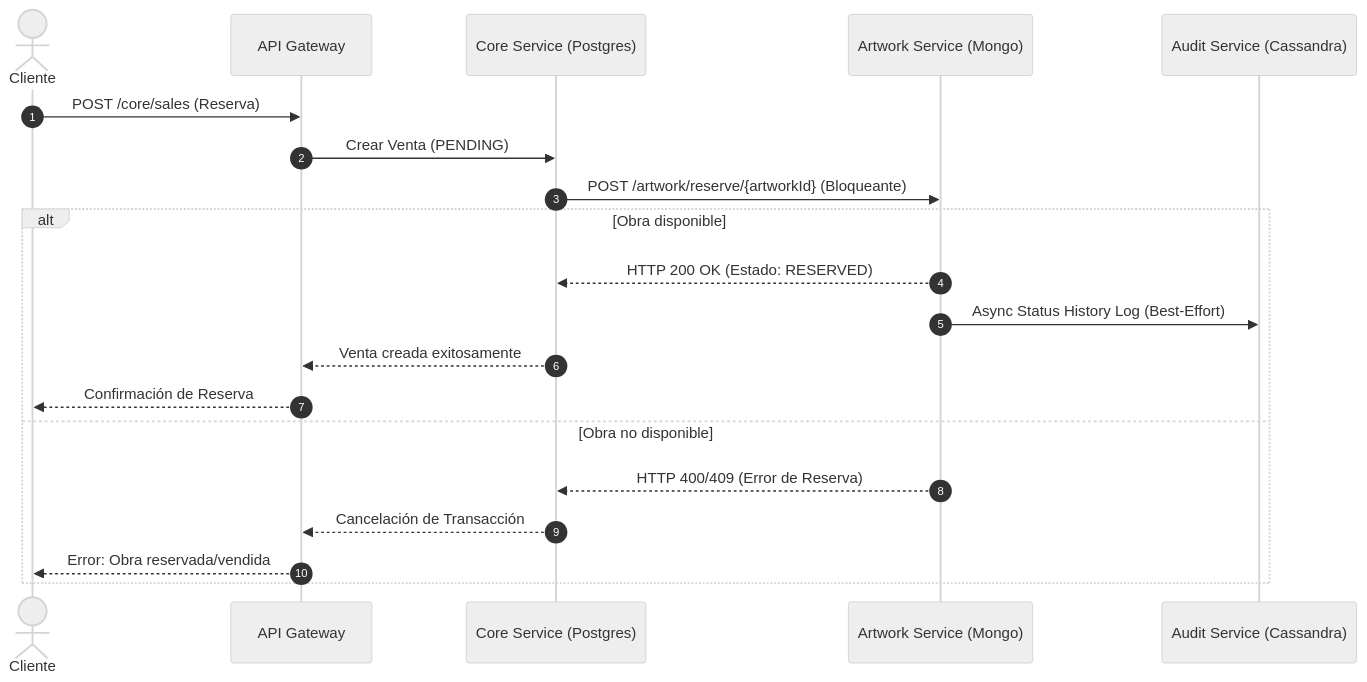
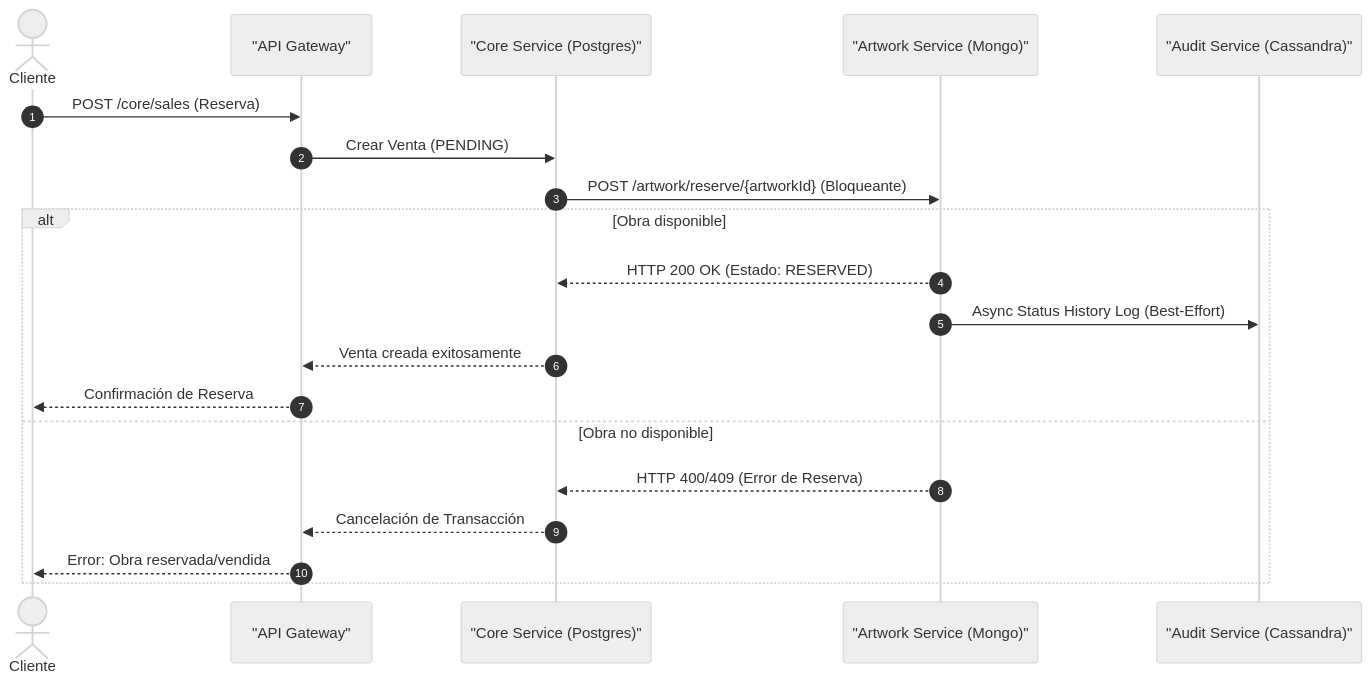
The second of 2 diagrams in Microservicios/README.md (josmer-azocar/pictorial-arcane-microservices), drawn with Mermaid (neutral theme) before and after one commit. The commit also changed other lines of this file and 1 other file, not shown here.

````diff
--- a/Microservicios/README.md
+++ b/Microservicios/README.md
@@ -136,23 +141,23 @@
 ```mermaid
 sequenceDiagram
     autonumber
     actor Cliente
-    participant Gateway as API Gateway
-    participant Core as Core Service (Postgres)
-    participant Artwork as Artwork Service (Mongo)
-    participant Audit as Audit Service (Cassandra)
+    participant Gateway as "API Gateway"
+    participant Core as "Core Service (Postgres)"
+    participant Artwork as "Artwork Service (Mongo)"
+    participant Audit as "Audit Service (Cassandra)"
 
     Cliente->>Gateway: POST /core/sales (Reserva)
     Gateway->>Core: Crear Venta (PENDING)
     Core->>Artwork: POST /artwork/reserve/{artworkId} (Bloqueante)
     alt Obra disponible
         Artwork-->>Core: HTTP 200 OK (Estado: RESERVED)
         Artwork->>Audit: Async Status History Log (Best-Effort)
         Core-->>Gateway: Venta creada exitosamente
         Gateway-->>Cliente: Confirmación de Reserva
     else Obra no disponible
         Artwork-->>Core: HTTP 400/409 (Error de Reserva)
         Core-->>Gateway: Cancelación de Transacción
         Gateway-->>Cliente: Error: Obra reservada/vendida
     end
 ```
````
